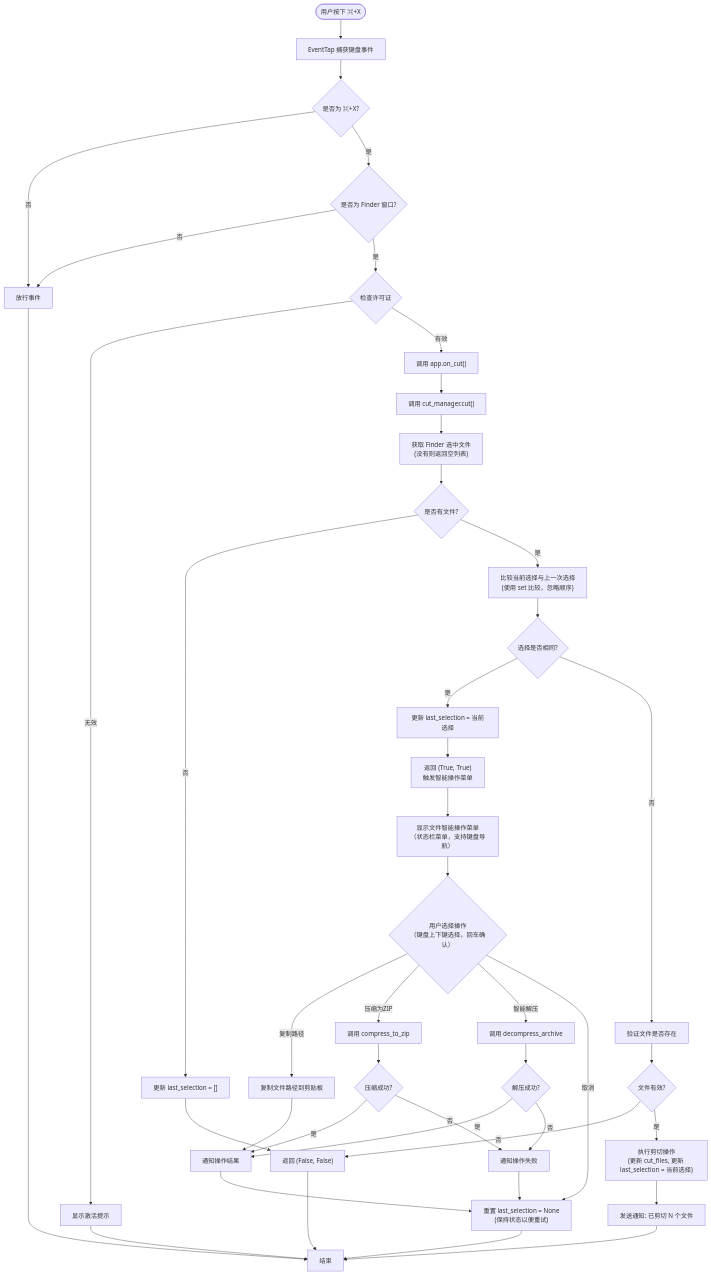
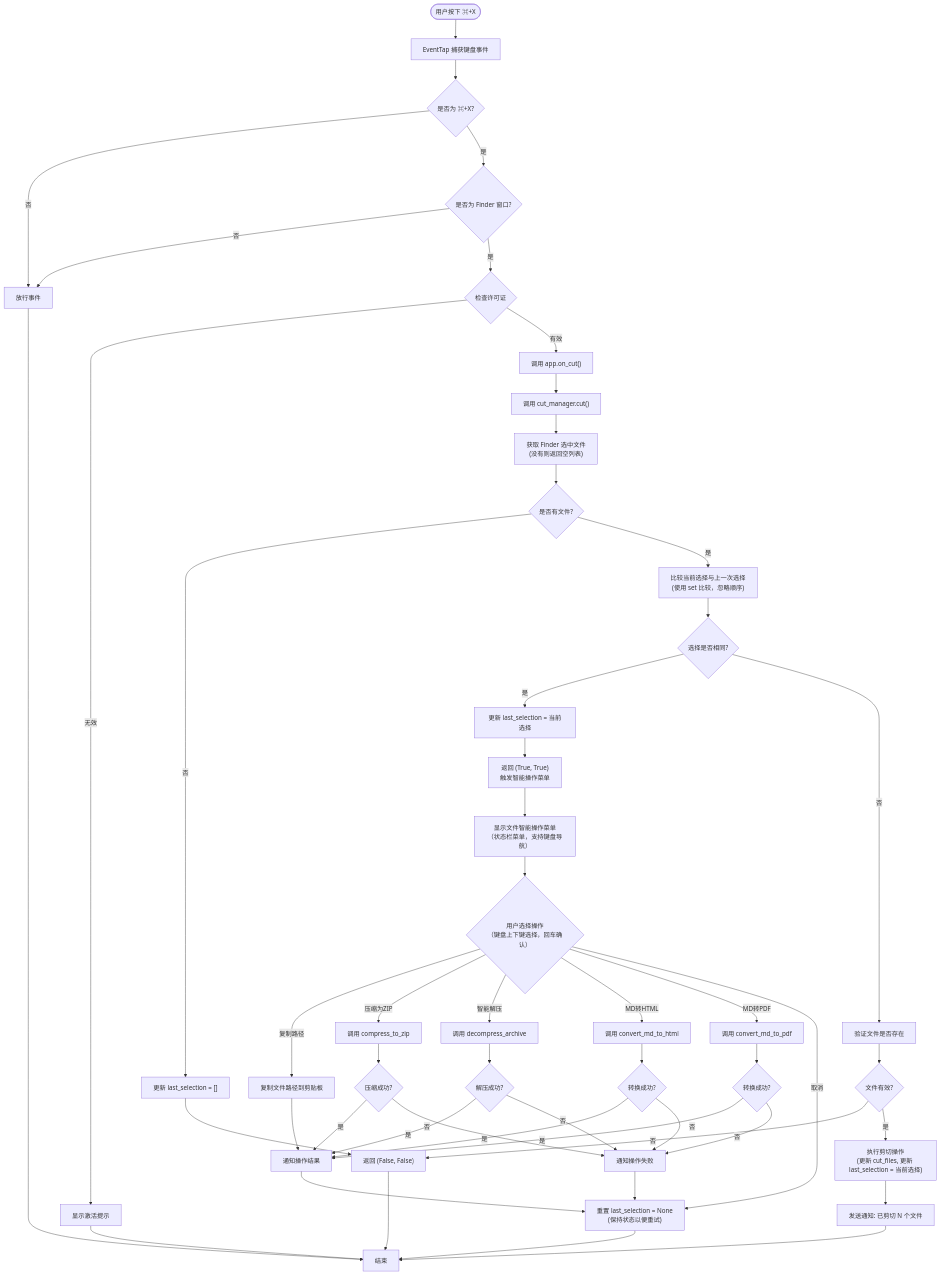
One commit to zhangs-cedar/mac-commondX changed the diagram in 流程图.md. Above: the diagram before and after it, drawn with Mermaid. The commit also changed other lines of this file, not shown here.

````diff
--- a/流程图.md
+++ b/流程图.md
@@ -5,57 +5,65 @@
 ```mermaid
 flowchart TD
     Start(["用户按下 ⌘+X"]) --> EventTap[EventTap 捕获键盘事件]
     EventTap --> CheckKey{是否为 ⌘+X?}
     CheckKey -->|否| PassEvent[放行事件]
     CheckKey -->|是| CheckFinder{是否为 Finder 窗口?}
     CheckFinder -->|否| PassEvent
     CheckFinder -->|是| CheckLicense{检查许可证}
     
     CheckLicense -->|无效| ShowActivation[显示激活提示]
     CheckLicense -->|有效| OnCut["调用 app.on_cut()"]
     
     OnCut --> CallCut["调用 cut_manager.cut()"]
     CallCut --> GetSelection["获取 Finder 选中文件<br/>(没有则返回空列表)"]
     GetSelection --> HasFiles{是否有文件?}
     
     HasFiles -->|否| UpdateLastEmpty["更新 last_selection = []"]
     HasFiles -->|是| CompareSelection["比较当前选择与上一次选择<br/>(使用 set 比较，忽略顺序)"]
     
     CompareSelection --> IsSame{选择是否相同?}
     IsSame -->|是| UpdateLastSame["更新 last_selection = 当前选择"]
     IsSame -->|否| ValidateFiles["验证文件是否存在"]
     
     UpdateLastSame --> ReturnShowDialog["返回 (True, True)<br/>触发智能操作菜单"]
     UpdateLastEmpty --> ReturnFalse["返回 (False, False)"]
     
     ValidateFiles --> FilesValid{文件有效?}
     FilesValid -->|否| ReturnFalse
     FilesValid -->|是| DoCut["执行剪切操作<br/>(更新 cut_files, 更新 last_selection = 当前选择)"]
     
     DoCut --> SendNotify["发送通知: 已剪切 N 个文件"]
     SendNotify --> End[结束]
     
     ReturnShowDialog --> ShowMenu[显示文件智能操作菜单<br/>（状态栏菜单，支持键盘导航）]
     
     ShowMenu --> UserChoice{用户选择操作<br/>（键盘上下键选择，回车确认）}
     UserChoice -->|复制路径| CopyPaths[复制文件路径到剪贴板]
     UserChoice -->|压缩为ZIP| Compress[调用 compress_to_zip]
     UserChoice -->|智能解压| Decompress[调用 decompress_archive]
+    UserChoice -->|MD转HTML| MdToHtml[调用 convert_md_to_html]
+    UserChoice -->|MD转PDF| MdToPdf[调用 convert_md_to_pdf]
     UserChoice -->|取消| ResetLastSelection["重置 last_selection = None<br/>(保持状态以便重试)"]
     
     CopyPaths --> NotifySuccess["通知操作结果"]
     Compress --> CheckCompress{压缩成功?}
     Decompress --> CheckDecompress{解压成功?}
+    MdToHtml --> CheckMdHtml{转换成功?}
+    MdToPdf --> CheckMdPdf{转换成功?}
     
     CheckCompress -->|是| NotifySuccess
     CheckCompress -->|否| NotifyFail["通知操作失败"]
     CheckDecompress -->|是| NotifySuccess
     CheckDecompress -->|否| NotifyFail
+    CheckMdHtml -->|是| NotifySuccess
+    CheckMdHtml -->|否| NotifyFail
+    CheckMdPdf -->|是| NotifySuccess
+    CheckMdPdf -->|否| NotifyFail
     
     NotifySuccess --> ResetLastSelection
     NotifyFail --> ResetLastSelection
     ResetLastSelection --> End
     ReturnFalse --> End
     ShowActivation --> End
     PassEvent --> End
 ```
````
